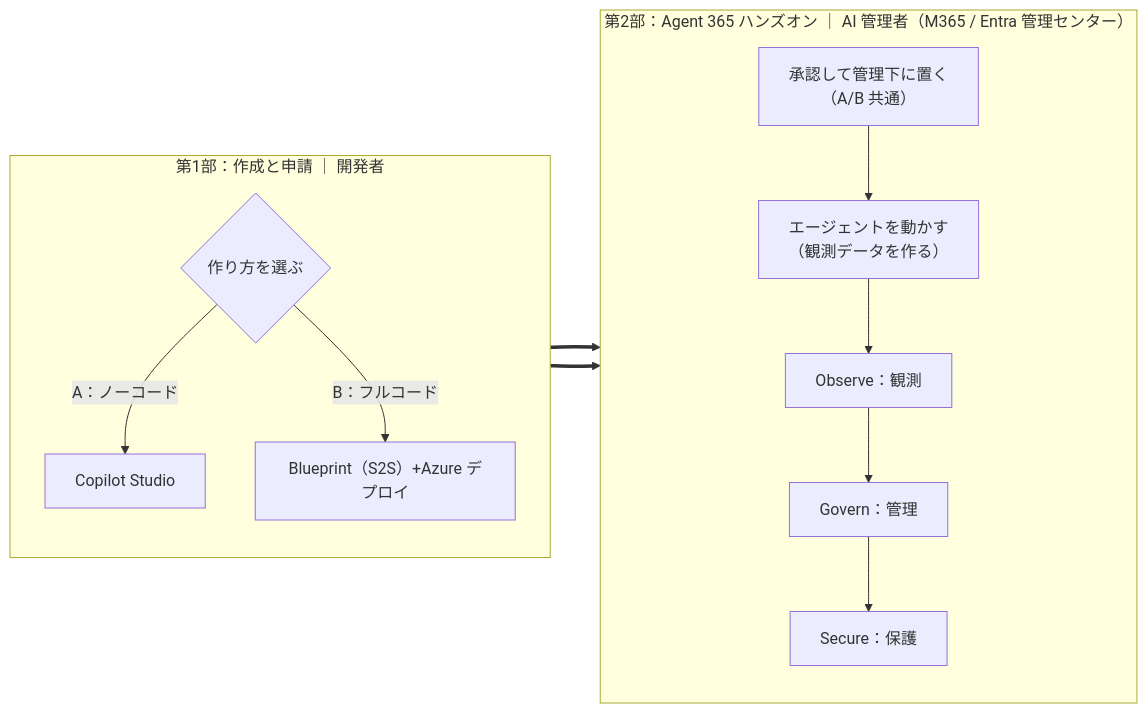
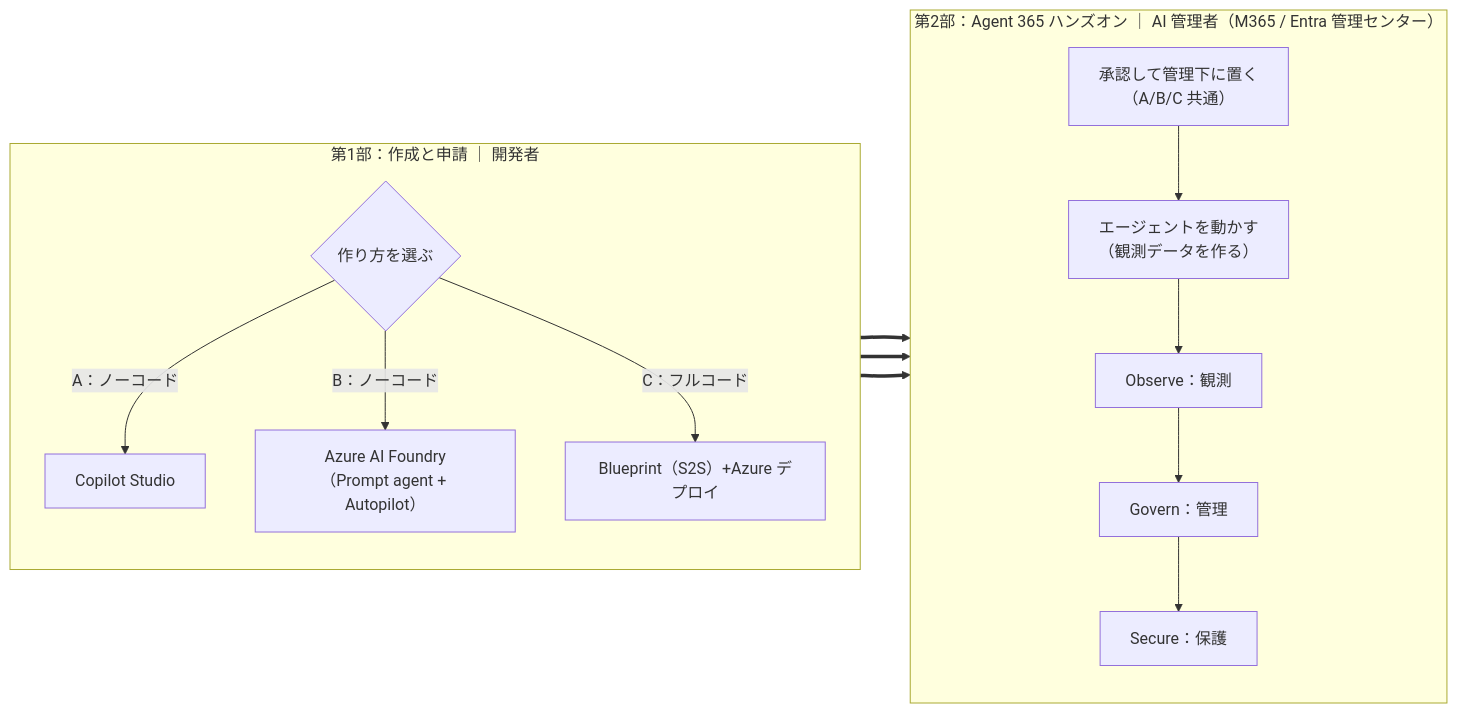
The diagram in README.MD (fatman3110/Agent365-Training), drawn with Mermaid before and after one commit. The commit also changed other lines of this file and 8 other files, not shown here.

````diff
--- a/README.MD
+++ b/README.MD
@@ -22,18 +23,20 @@
 ```mermaid
 flowchart LR
     subgraph P1["第1部：作成と申請 ｜ 開発者"]
         direction TB
         A0{"作り方を選ぶ"}
         A0 -->|"A：ノーコード"| AA["Copilot Studio "]
-        A0 -->|"B：フルコード"| AB["Blueprint（S2S）+Azure デプロイ"]
+        A0 -->|"B：ノーコード"| AB["Azure AI Foundry<br/>（Prompt agent + Autopilot）"]
+        A0 -->|"C：フルコード"| AC["Blueprint（S2S）+Azure デプロイ"]
     end
     subgraph P2["第2部：Agent 365 ハンズオン ｜ AI 管理者（M365 / Entra 管理センター）"]
         direction TB
-        B1["承認して管理下に置く<br/>（A/B 共通）"] --> B2["エージェントを動かす<br/>（観測データを作る）"]
+        B1["承認して管理下に置く<br/>（A/B/C 共通）"] --> B2["エージェントを動かす<br/>（観測データを作る）"]
         B2 --> B3["Observe：観測"]
         B3 --> B4["Govern：管理"]
         B4 --> B5["Secure：保護"]
     end
     AA ==> B1
     AB ==> B1
+    AC ==> B1
 ```
````
